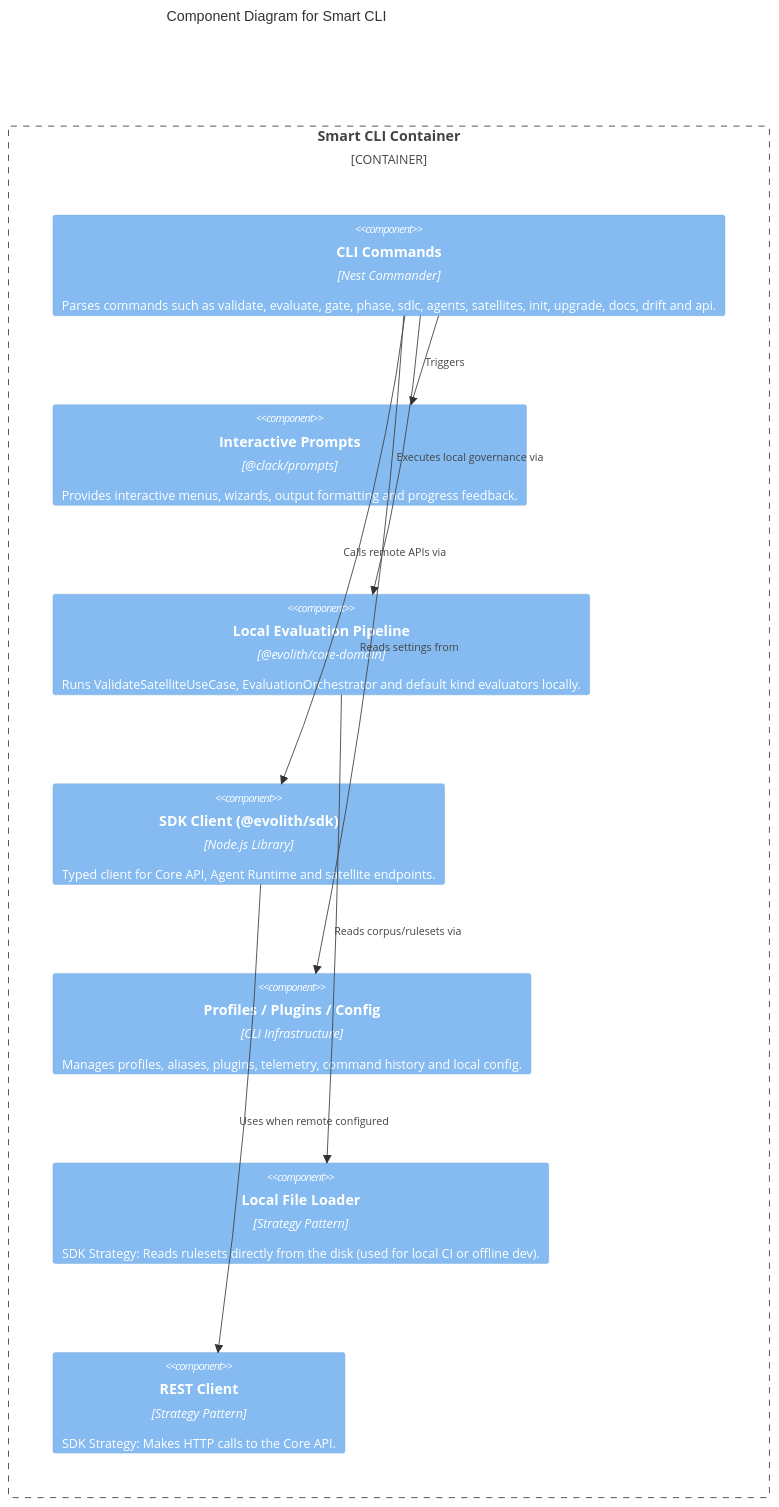
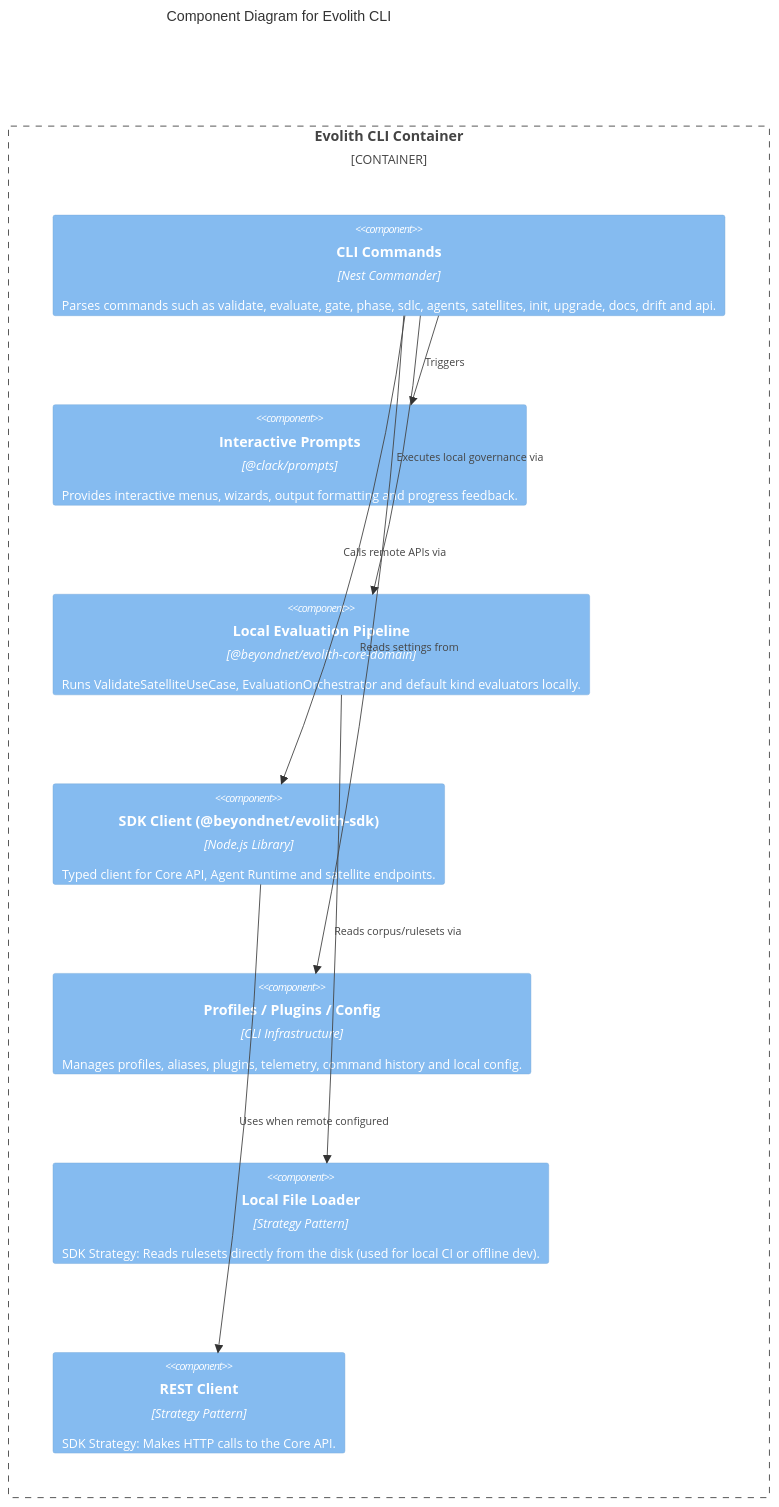
The diagram in reference/core/architecture/demos/level-3-components/smart-cli-components.md (beyondnetcode/evolith_arch32), drawn with Mermaid before and after one commit. The commit also changed other lines of this file and 195 other files, not shown here.

First line of the commit message:
refactor(brand): align "Smart CLI" → "Evolith CLI" across docs, code, npm, and assemblies

````diff
--- a/reference/core/architecture/demos/level-3-components/smart-cli-components.md
+++ b/reference/core/architecture/demos/level-3-components/smart-cli-components.md
@@ -15,27 +15,27 @@
 ```mermaid
 C4Component
-    title Component Diagram for Smart CLI
+    title Component Diagram for Evolith CLI
 
-    Container_Boundary(cli, "Smart CLI Container") {
+    Container_Boundary(cli, "Evolith CLI Container") {
         
         Component(commands, "CLI Commands", "Nest Commander", "Parses commands such as validate, evaluate, gate, phase, sdlc, agents, satellites, init, upgrade, docs, drift and api.")
         
         Component(prompts, "Interactive Prompts", "@clack/prompts", "Provides interactive menus, wizards, output formatting and progress feedback.")
         
-        Component(localEval, "Local Evaluation Pipeline", "@evolith/core-domain", "Runs ValidateSatelliteUseCase, EvaluationOrchestrator and default kind evaluators locally.")
-        Component(sdk, "SDK Client (@evolith/sdk)", "Node.js Library", "Typed client for Core API, Agent Runtime and satellite endpoints.")
+        Component(localEval, "Local Evaluation Pipeline", "@beyondnet/evolith-core-domain", "Runs ValidateSatelliteUseCase, EvaluationOrchestrator and default kind evaluators locally.")
+        Component(sdk, "SDK Client (@beyondnet/evolith-sdk)", "Node.js Library", "Typed client for Core API, Agent Runtime and satellite endpoints.")
         Component(config, "Profiles / Plugins / Config", "CLI Infrastructure", "Manages profiles, aliases, plugins, telemetry, command history and local config.")
         
         Component(localLoader, "Local File Loader", "Strategy Pattern", "SDK Strategy: Reads rulesets directly from the disk (used for local CI or offline dev).")
         
         Component(restClient, "REST Client", "Strategy Pattern", "SDK Strategy: Makes HTTP calls to the Core API.")
 
         Rel(commands, prompts, "Triggers")
         Rel(commands, localEval, "Executes local governance via")
         Rel(commands, sdk, "Calls remote APIs via")
         Rel(commands, config, "Reads settings from")
         
         Rel(sdk, restClient, "Uses when remote configured")
         Rel(localEval, localLoader, "Reads corpus/rulesets via")
     }
 ```
````
